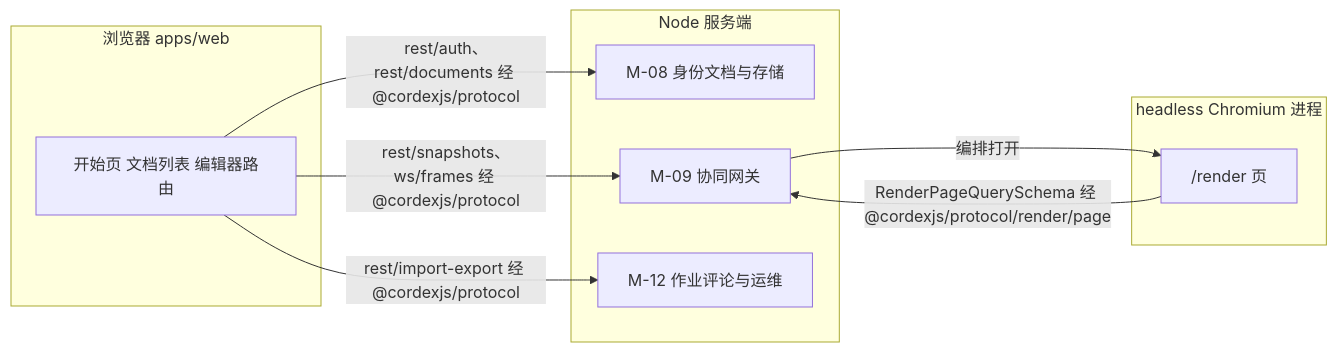
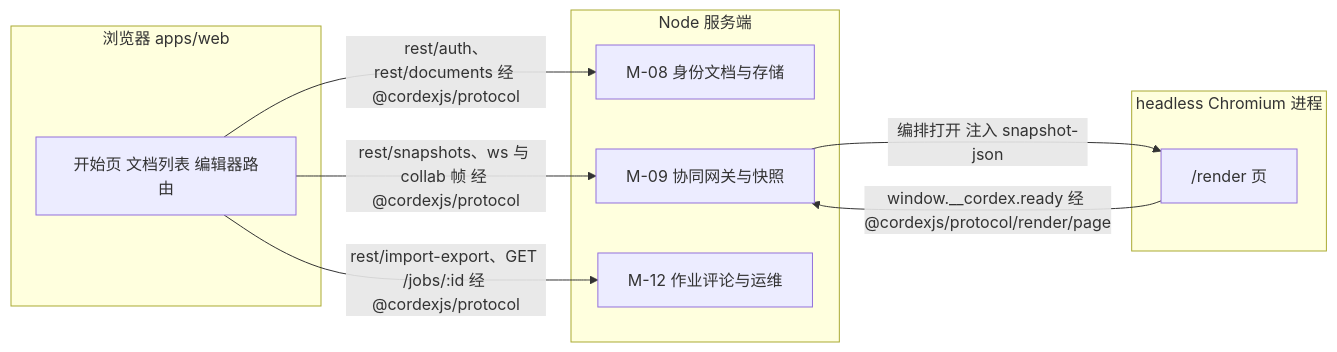
One commit to Xeonice/cordis-ppt-editor changed the fourth of 5 diagrams in docs/40-modules/11-preset-assembly-and-app-shell.md. Above: the diagram before and after it, drawn with Mermaid. The commit also changed other lines of this file and 79 other files, not shown here.

````diff
--- a/docs/40-modules/11-preset-assembly-and-app-shell.md
+++ b/docs/40-modules/11-preset-assembly-and-app-shell.md
@@ -993,19 +858,19 @@
 ```mermaid
 flowchart LR
 subgraph browser["浏览器 apps/web"]
   webApp["开始页 文档列表 编辑器路由"]
 end
 subgraph node["Node 服务端"]
   m08["M-08 身份文档与存储"]
-  m09["M-09 协同网关"]
+  m09["M-09 协同网关与快照"]
   m12["M-12 作业评论与运维"]
 end
 subgraph chromium["headless Chromium 进程"]
   renderPage["/render 页"]
 end
 webApp -- "rest/auth、rest/documents 经 @cordexjs/protocol" --> m08
-webApp -- "rest/snapshots、ws/frames 经 @cordexjs/protocol" --> m09
-webApp -- "rest/import-export 经 @cordexjs/protocol" --> m12
-m09 -- "编排打开" --> renderPage
-renderPage -- "RenderPageQuerySchema 经 @cordexjs/protocol/render/page" --> m09
+webApp -- "rest/snapshots、ws 与 collab 帧 经 @cordexjs/protocol" --> m09
+webApp -- "rest/import-export、GET /jobs/:id 经 @cordexjs/protocol" --> m12
+m09 -- "编排打开 注入 snapshot-json" --> renderPage
+renderPage -- "window.__cordex.ready 经 @cordexjs/protocol/render/page" --> m09
 ```
````
